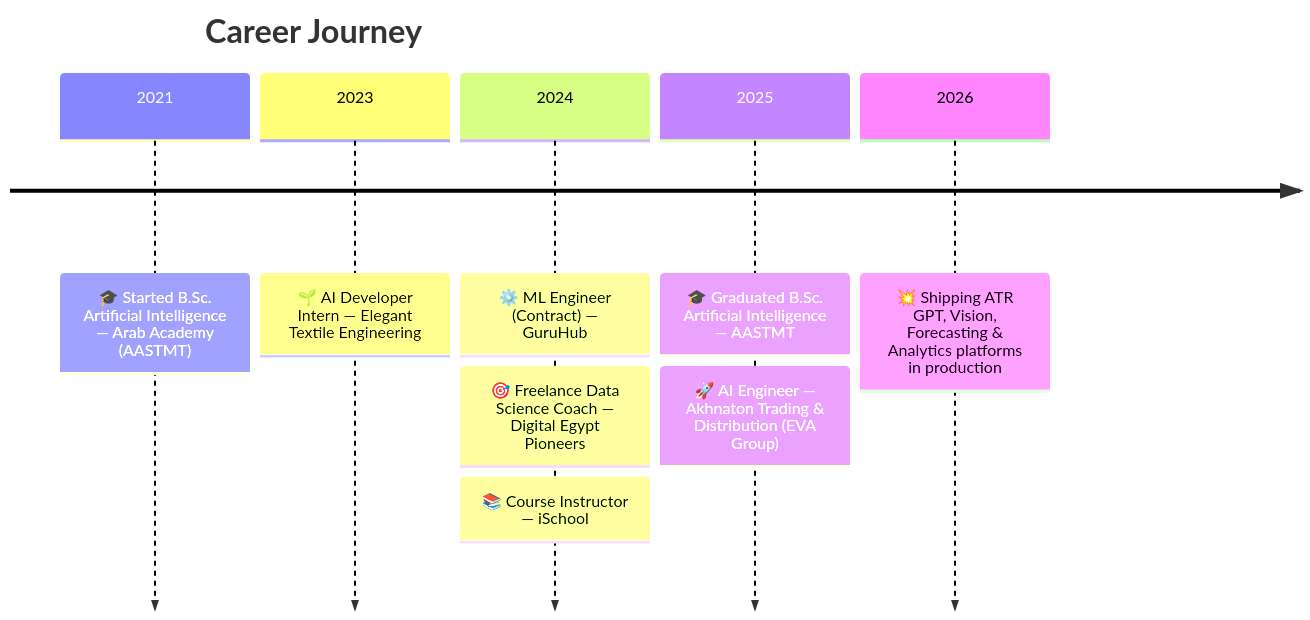
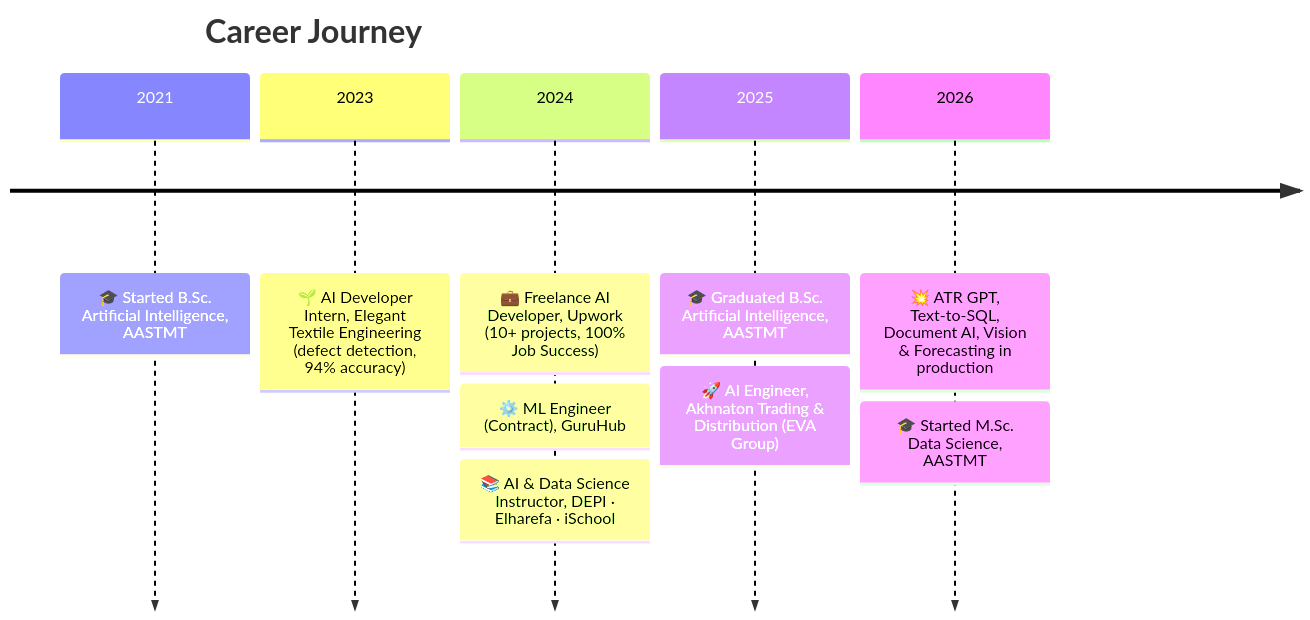
Before and after one commit to Geo-y20/Geo-y20: the diagram in README.md, drawn with Mermaid. The commit also changed other lines of this file, not shown here.

````diff
--- a/README.md
+++ b/README.md
@@ -73,12 +89,13 @@
 ```mermaid
 timeline
     title Career Journey
-    2021 : 🎓 Started B.Sc. Artificial Intelligence — Arab Academy (AASTMT)
-    2023 : 🌱 AI Developer Intern — Elegant Textile Engineering
-    2024 : ⚙️ ML Engineer (Contract) — GuruHub
-         : 🎯 Freelance Data Science Coach — Digital Egypt Pioneers
-         : 📚 Course Instructor — iSchool
-    2025 : 🎓 Graduated B.Sc. Artificial Intelligence — AASTMT
-         : 🚀 AI Engineer — Akhnaton Trading & Distribution (EVA Group)
-    2026 : 💥 Shipping ATR GPT, Vision, Forecasting & Analytics platforms in production
+    2021 : 🎓 Started B.Sc. Artificial Intelligence, AASTMT
+    2023 : 🌱 AI Developer Intern, Elegant Textile Engineering (defect detection, 94% accuracy)
+    2024 : 💼 Freelance AI Developer, Upwork (10+ projects, 100% Job Success)
+         : ⚙️ ML Engineer (Contract), GuruHub
+         : 📚 AI & Data Science Instructor, DEPI · Elharefa · iSchool
+    2025 : 🎓 Graduated B.Sc. Artificial Intelligence, AASTMT
+         : 🚀 AI Engineer, Akhnaton Trading & Distribution (EVA Group)
+    2026 : 💥 ATR GPT, Text-to-SQL, Document AI, Vision & Forecasting in production
+         : 🎓 Started M.Sc. Data Science, AASTMT
 ```
````
